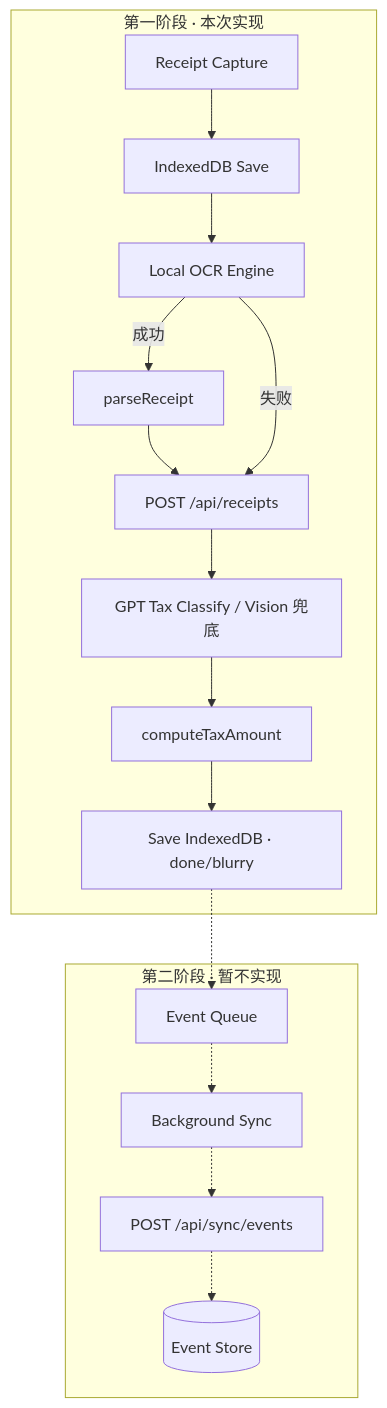
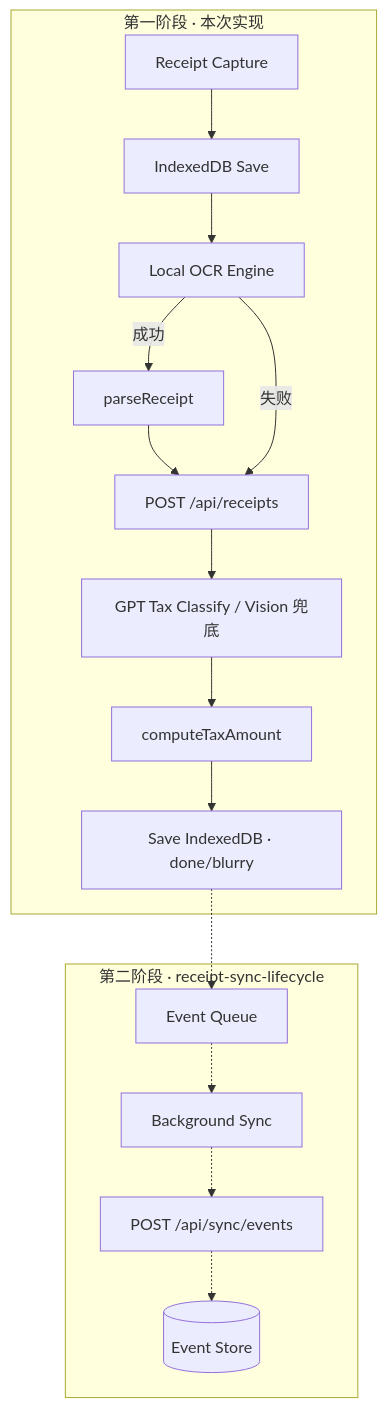
Before and after one commit to isgalloping/snaptax: the first of 3 diagrams in docs/tech/11-ocr-pipeline-design.md, drawn with Mermaid. The commit also changed other lines of this file and 6 other files, not shown here.

````diff
--- a/docs/tech/11-ocr-pipeline-design.md
+++ b/docs/tech/11-ocr-pipeline-design.md
@@ -66,27 +66,27 @@
 ```mermaid
 flowchart TB
   subgraph P1["第一阶段 · 本次实现"]
     CAP[Receipt Capture]
     IDB1[IndexedDB Save]
     OCR[Local OCR Engine]
     PARSE[parseReceipt]
     UP[POST /api/receipts]
     TAX[GPT Tax Classify / Vision 兜底]
     DED[computeTaxAmount]
     IDB2[Save IndexedDB · done/blurry]
   end
 
-  subgraph P2["第二阶段 · 暂不实现"]
+  subgraph P2["第二阶段 · receipt-sync-lifecycle"]
     EQ[Event Queue]
     BS[Background Sync]
     SYNC[POST /api/sync/events]
     ES[(Event Store)]
   end
 
   CAP --> IDB1 --> OCR
   OCR -->|成功| PARSE --> UP
   OCR -->|失败| UP
   UP --> TAX --> DED --> IDB2
   IDB2 -.-> EQ
   EQ -.-> BS -.-> SYNC -.-> ES
 ```
````
